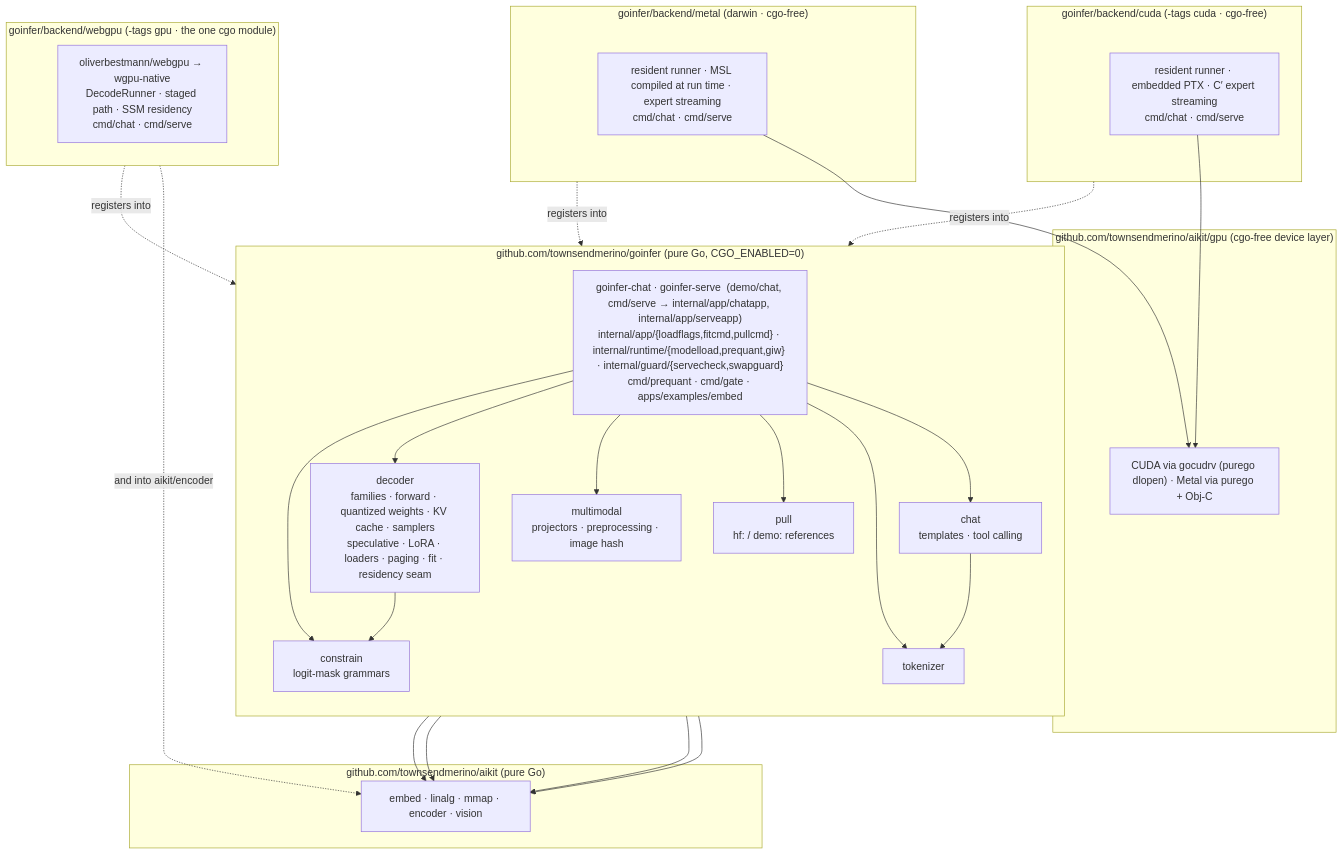
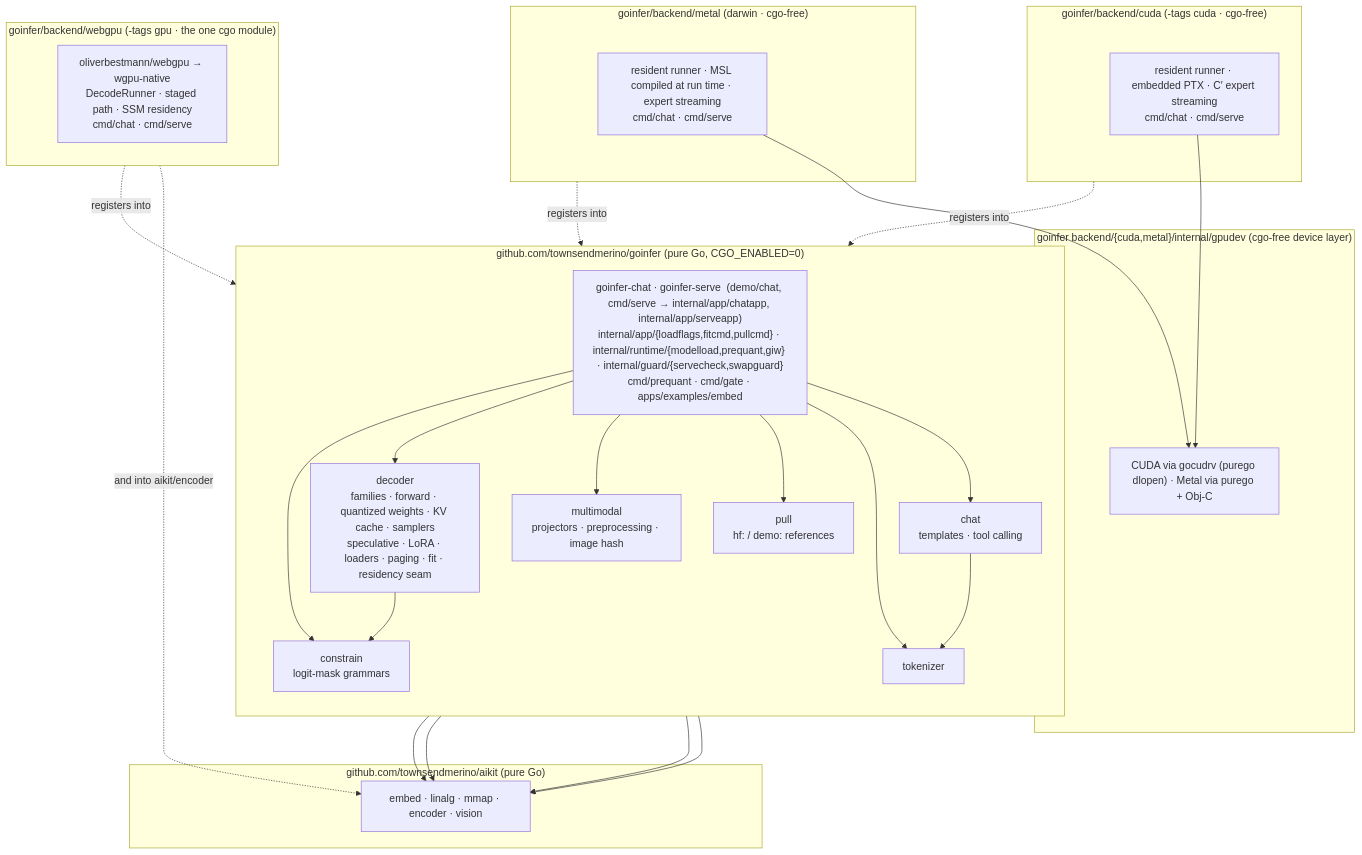
One commit to townsendmerino/goinfer changed the fourth of 4 diagrams in docs/ARCHITECTURE.md. Above: the diagram before and after it, drawn with Mermaid. The commit also changed other lines of this file and 3 other files, not shown here.

First line of the commit message:
docs: follow-up to #668 (device layer, residency sentence, checklist glob and links, step flags merged)

````diff
--- a/docs/ARCHITECTURE.md
+++ b/docs/ARCHITECTURE.md
@@ -921,46 +921,46 @@
 ```mermaid
 flowchart TB
   subgraph ROOT["github.com/townsendmerino/goinfer  (pure Go, CGO_ENABLED=0)"]
     direction TB
     APPS["goinfer-chat · goinfer-serve  (demo/chat, cmd/serve → internal/app/chatapp, internal/app/serveapp)<br/>internal/app/{loadflags,fitcmd,pullcmd} · internal/runtime/{modelload,prequant,giw} · internal/guard/{servecheck,swapguard}<br/>cmd/prequant · cmd/gate · apps/examples/embed"]
     DEC["decoder<br/>families · forward · quantized weights · KV cache · samplers<br/>speculative · LoRA · loaders · paging · fit · residency seam"]
     TKN["tokenizer"]
     CHT["chat<br/>templates · tool calling"]
     CON["constrain<br/>logit-mask grammars"]
     MM["multimodal<br/>projectors · preprocessing · image hash"]
     PULL["pull<br/>hf: / demo: references"]
     APPS --> DEC
     APPS --> CHT
     APPS --> CON
     APPS --> MM
     APPS --> PULL
     APPS --> TKN
     DEC --> CON
     CHT --> TKN
   end
   subgraph AIKIT["github.com/townsendmerino/aikit  (pure Go)"]
     AK["embed · linalg · mmap · encoder · vision"]
   end
-  subgraph AIKITGPU["github.com/townsendmerino/aikit/gpu  (cgo-free device layer)"]
+  subgraph GPUDEV["goinfer backend/{cuda,metal}/internal/gpudev  (cgo-free device layer)"]
     AG["CUDA via gocudrv (purego dlopen) · Metal via purego + Obj-C"]
   end
   subgraph CUDA["goinfer/backend/cuda  (-tags cuda · cgo-free)"]
     CU["resident runner · embedded PTX · C′ expert streaming<br/>cmd/chat · cmd/serve"]
   end
   subgraph METAL["goinfer/backend/metal  (darwin · cgo-free)"]
     MT["resident runner · MSL compiled at run time · expert streaming<br/>cmd/chat · cmd/serve"]
   end
   subgraph GPU["goinfer/backend/webgpu  (-tags gpu · the one cgo module)"]
     WG["oliverbestmann/webgpu → wgpu-native<br/>DecodeRunner · staged path · SSM residency<br/>cmd/chat · cmd/serve"]
   end
   DEC --> AK
   TKN --> AK
   MM --> AK
   APPS --> AK
   CU --> AG
   MT --> AG
   CUDA -. "registers into" .-> DEC
   METAL -. "registers into" .-> DEC
   GPU -. "registers into" .-> DEC
   GPU -. "and into aikit/encoder" .-> AK
 ```
````
